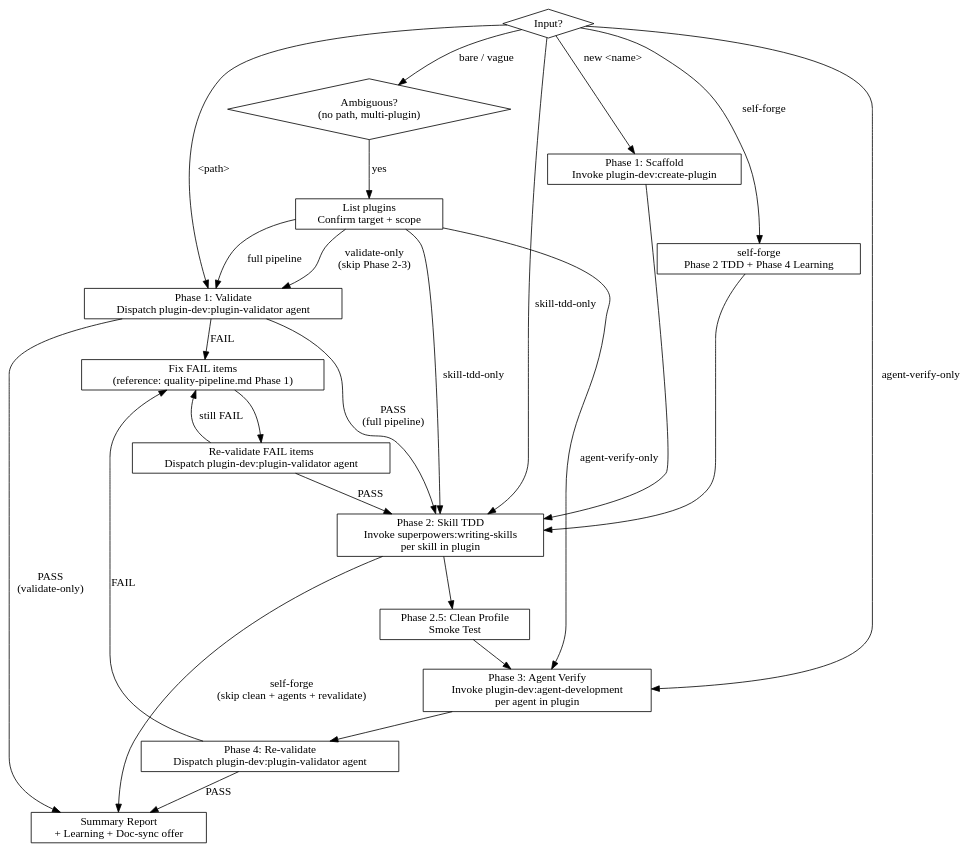
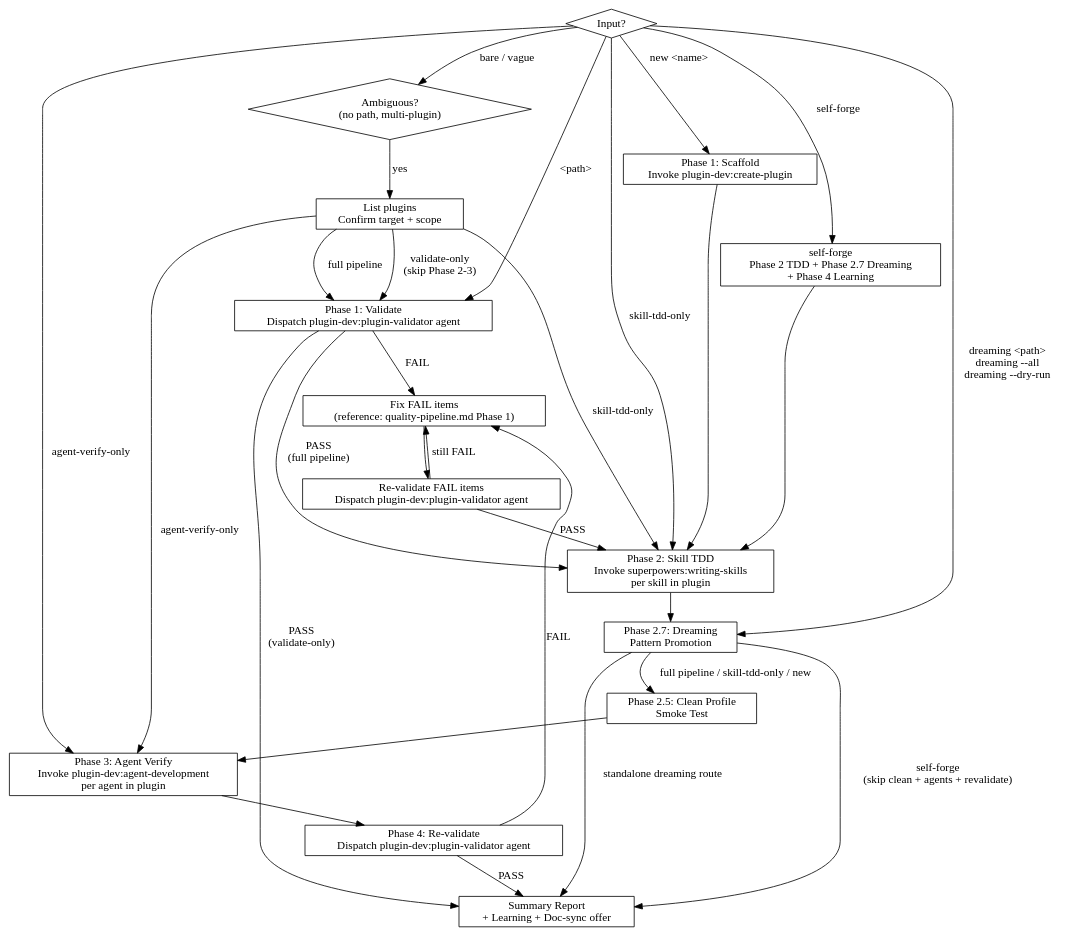
The diagram in kc-plugin-forge/skills/kc-plugin-forge/SKILL.md (iamcxa/kc-claude-plugins), drawn with Graphviz before and after one commit. The commit also changed other lines of this file, not shown here.

Commit message:
feat(forge): add dreaming routes and update self-forge in SKILL.md routing

````diff
--- a/kc-plugin-forge/skills/kc-plugin-forge/SKILL.md
+++ b/kc-plugin-forge/skills/kc-plugin-forge/SKILL.md
@@ -21,47 +21,51 @@
 ```dot
 digraph forge {
   rankdir=TB;
   node [shape=diamond];
   input [label="Input?"];
   disambig [label="Ambiguous?\n(no path, multi-plugin)"];
 
   node [shape=box];
   ask [label="List plugins\nConfirm target + scope"];
   create [label="Phase 1: Scaffold\nInvoke plugin-dev:create-plugin"];
   audit [label="Phase 1: Validate\nDispatch plugin-dev:plugin-validator agent"];
   fix [label="Fix FAIL items\n(reference: quality-pipeline.md Phase 1)"];
   tdd [label="Phase 2: Skill TDD\nInvoke superpowers:writing-skills\nper skill in plugin"];
+  dreaming [label="Phase 2.7: Dreaming\nPattern Promotion"];
   clean [label="Phase 2.5: Clean Profile\nSmoke Test"];
   agents [label="Phase 3: Agent Verify\nInvoke plugin-dev:agent-development\nper agent in plugin"];
   revalidate [label="Phase 4: Re-validate\nDispatch plugin-dev:plugin-validator agent"];
   report [label="Summary Report\n+ Learning + Doc-sync offer"];
-  selfforge [label="self-forge\nPhase 2 TDD + Phase 4 Learning"];
+  selfforge [label="self-forge\nPhase 2 TDD + Phase 2.7 Dreaming\n+ Phase 4 Learning"];
 
   input -> create [label="new <name>"];
   input -> disambig [label="bare / vague"];
+  input -> dreaming [label="dreaming <path>\ndreaming --all\ndreaming --dry-run"];
   disambig -> ask [label="yes"];
   ask -> audit [label="full pipeline"];
   ask -> audit [label="validate-only\n(skip Phase 2-3)"];
   ask -> tdd [label="skill-tdd-only"];
   ask -> agents [label="agent-verify-only"];
   input -> audit [label="<path>"];
   input -> tdd [label="skill-tdd-only"];
   input -> agents [label="agent-verify-only"];
   input -> selfforge [label="self-forge"];
   selfforge -> tdd;
-  tdd -> report [label="self-forge\n(skip clean + agents + revalidate)"];
   create -> tdd;
+  tdd -> dreaming;
+  dreaming -> report [label="self-forge\n(skip clean + agents + revalidate)"];
+  dreaming -> clean [label="full pipeline / skill-tdd-only / new"];
+  dreaming -> report [label="standalone dreaming route"];
   reaudit [label="Re-validate FAIL items\nDispatch plugin-dev:plugin-validator agent"];
   audit -> fix [label="FAIL"];
   audit -> tdd [label="PASS\n(full pipeline)"];
   audit -> report [label="PASS\n(validate-only)"];
   fix -> reaudit;
   reaudit -> tdd [label="PASS"];
   reaudit -> fix [label="still FAIL"];
-  tdd -> clean;
   clean -> agents;
   agents -> revalidate;
   revalidate -> report [label="PASS"];
   revalidate -> fix [label="FAIL"];
 }
 ```
````
